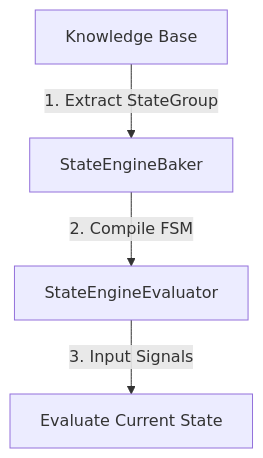
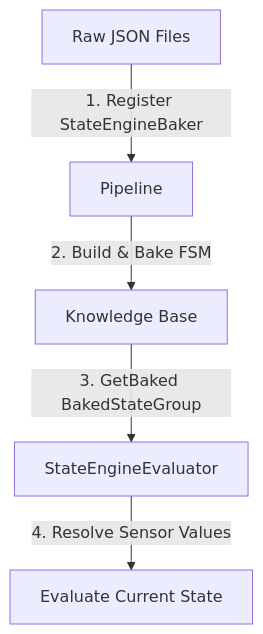
The fourth of 4 diagrams in README.md (fm39hz/DataCatalyst), drawn with Mermaid before and after one commit. The commit also changed other lines of this file and 15 other files, not shown here.

````diff
--- a/README.md
+++ b/README.md
@@ -301,6 +301,7 @@
 ```mermaid
 graph TD
-    KNOWLEDGE[Knowledge Base] -->|1. Extract StateGroup| BAKE[StateEngineBaker]
-    BAKE -->|2. Compile FSM| EVALUATOR[StateEngineEvaluator]
-    EVALUATOR -->|3. Input Signals| RUNTIME[Evaluate Current State]
+    JSON[Raw JSON Files] -->|1. Register StateEngineBaker| PIPELINE[Pipeline]
+    PIPELINE -->|2. Build & Bake FSM| KNOWLEDGE[Knowledge Base]
+    KNOWLEDGE -->|3. GetBaked BakedStateGroup| EVALUATOR[StateEngineEvaluator]
+    EVALUATOR -->|4. Resolve Sensor Values| RUNTIME[Evaluate Current State]
 ```
````
